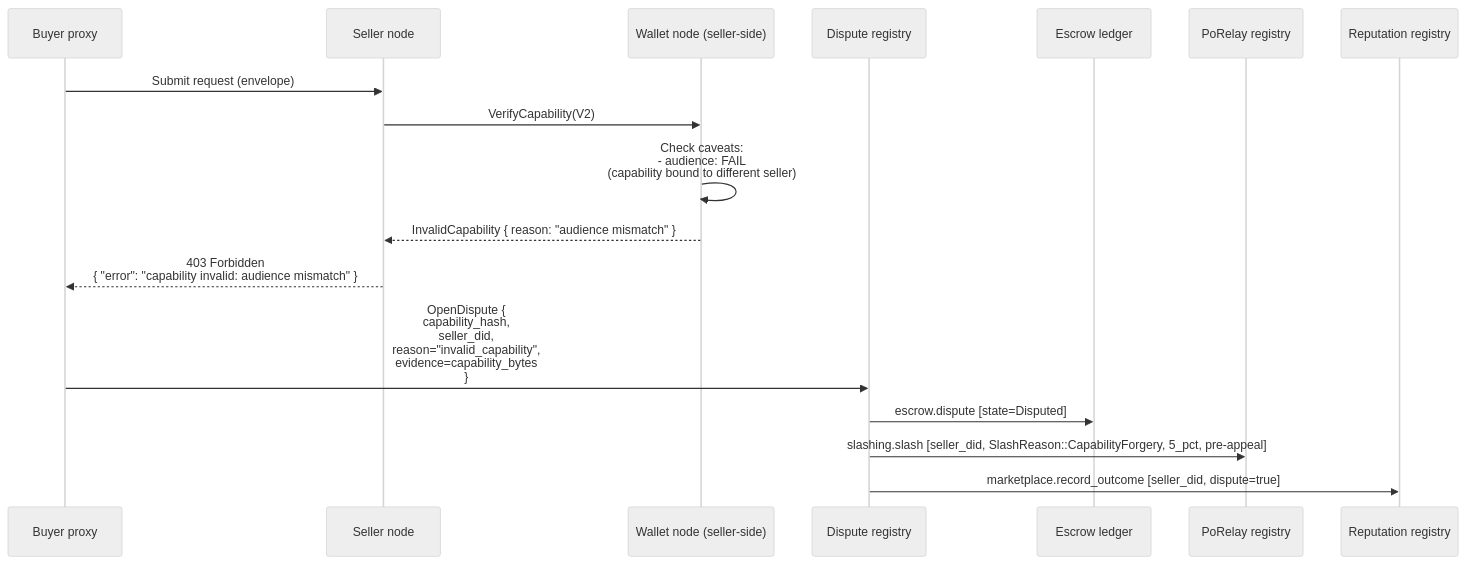
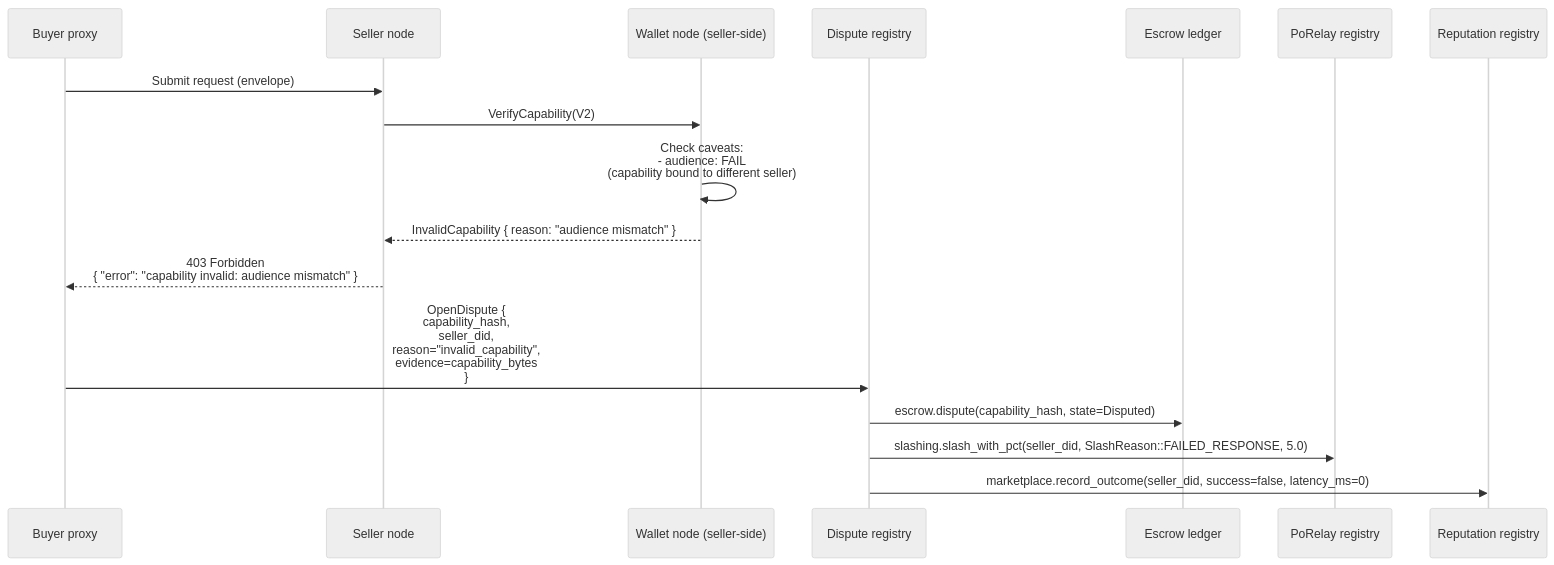
Diagram 13 of 14 in docs/architecture/end-to-end-scenarios.md (CipherOcto/cipherocto), drawn with Mermaid (neutral theme) before and after one commit. The commit also changed other lines of this file, not shown here.

````diff
--- a/docs/architecture/end-to-end-scenarios.md
+++ b/docs/architecture/end-to-end-scenarios.md
@@ -570,21 +570,21 @@
 ```mermaid
 sequenceDiagram
     participant P0 as Buyer proxy
     participant SN as Seller node
     participant W as Wallet node (seller-side)
     participant D as Dispute registry
     participant E as Escrow ledger
     participant ST as PoRelay registry
     participant RR as Reputation registry
 
     P0->>SN: Submit request (envelope)
     SN->>W: VerifyCapability(V2)
     W->>W: Check caveats:<br/>  - audience: FAIL<br/>(capability bound to different seller)
     W-->>SN: InvalidCapability { reason: "audience mismatch" }
     SN-->>P0: 403 Forbidden<br/>{ "error": "capability invalid: audience mismatch" }
 
     P0->>D: OpenDispute {<br/>  capability_hash,<br/>  seller_did,<br/>  reason="invalid_capability",<br/>  evidence=capability_bytes<br/>}
-    D->>E: escrow.dispute [state=Disputed]
-    D->>ST: slashing.slash [seller_did, SlashReason::CapabilityForgery, 5_pct, pre-appeal]
-    D->>RR: marketplace.record_outcome [seller_did, dispute=true]
+    D->>E: escrow.dispute(capability_hash, state=Disputed)
+    D->>ST: slashing.slash_with_pct(seller_did, SlashReason::FAILED_RESPONSE, 5.0)
+    D->>RR: marketplace.record_outcome(seller_did, success=false, latency_ms=0)
 ```
````
